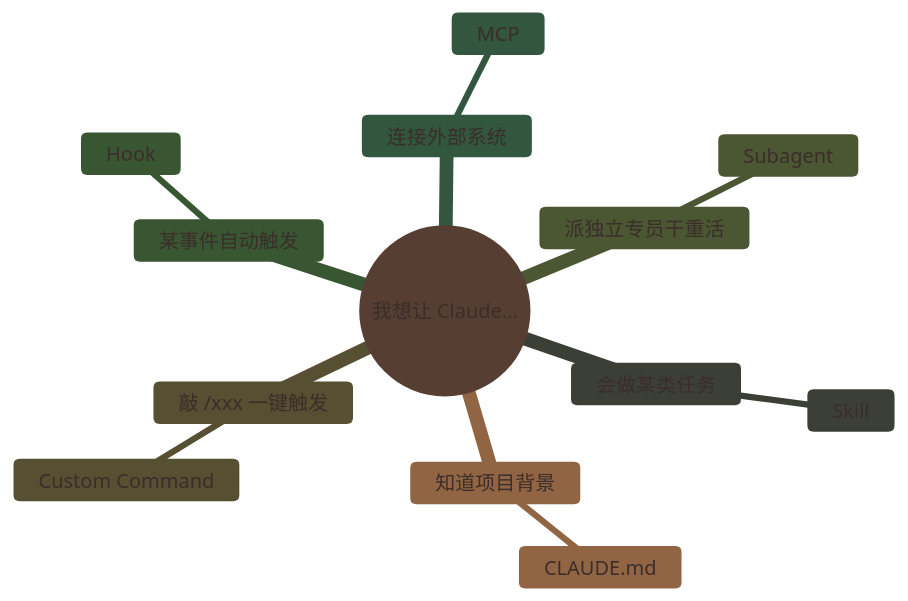
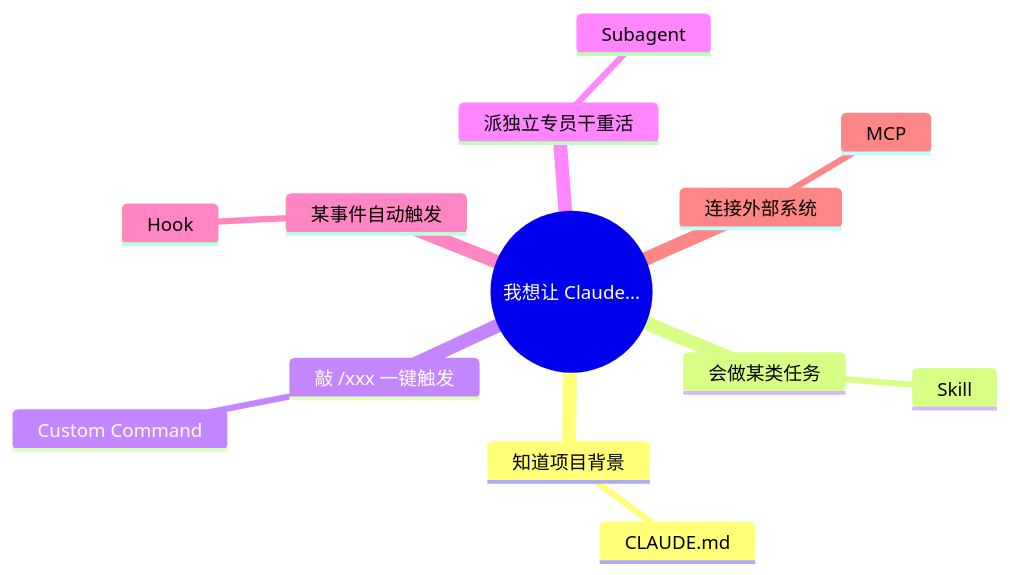
The first of 3 diagrams in archive/experiments/mindmap-palette-compare.md (mali9527/claude-code-full-guide-for-beginners), drawn with Mermaid before and after one commit. The commit also changed other lines of this file, not shown here.

First line of the commit message:
experiment: 改做 MindNode 风 mindmap 三组尝试

````diff
--- a/archive/experiments/mindmap-palette-compare.md
+++ b/archive/experiments/mindmap-palette-compare.md
@@ -41,28 +11,24 @@
 ```mermaid
 ---
 config:
-  theme: base
+  theme: default
   themeVariables:
-    primaryColor: "#A47864"
-    primaryBorderColor: "#3B2E2A"
-    primaryTextColor: "#3B2E2A"
-    lineColor: "#6B4F3F"
-    secondaryColor: "#C9A68B"
-    tertiaryColor: "#7D8471"
-    fontFamily: "'PingFang SC','Helvetica Neue','Hiragino Sans GB',sans-serif"
+    fontFamily: "-apple-system, 'SF Pro Text', 'PingFang SC', 'Helvetica Neue', sans-serif"
+    fontSize: "15px"
+    lineColor: "#C7C7CC"
 ---
 mindmap
   root((我想让 Claude...))
     知道项目背景
       CLAUDE.md
     会做某类任务
       Skill
     敲 /xxx 一键触发
       Custom Command
     派独立专员干重活
       Subagent
     某事件自动触发
       Hook
     连接外部系统
       MCP
 ```
````
